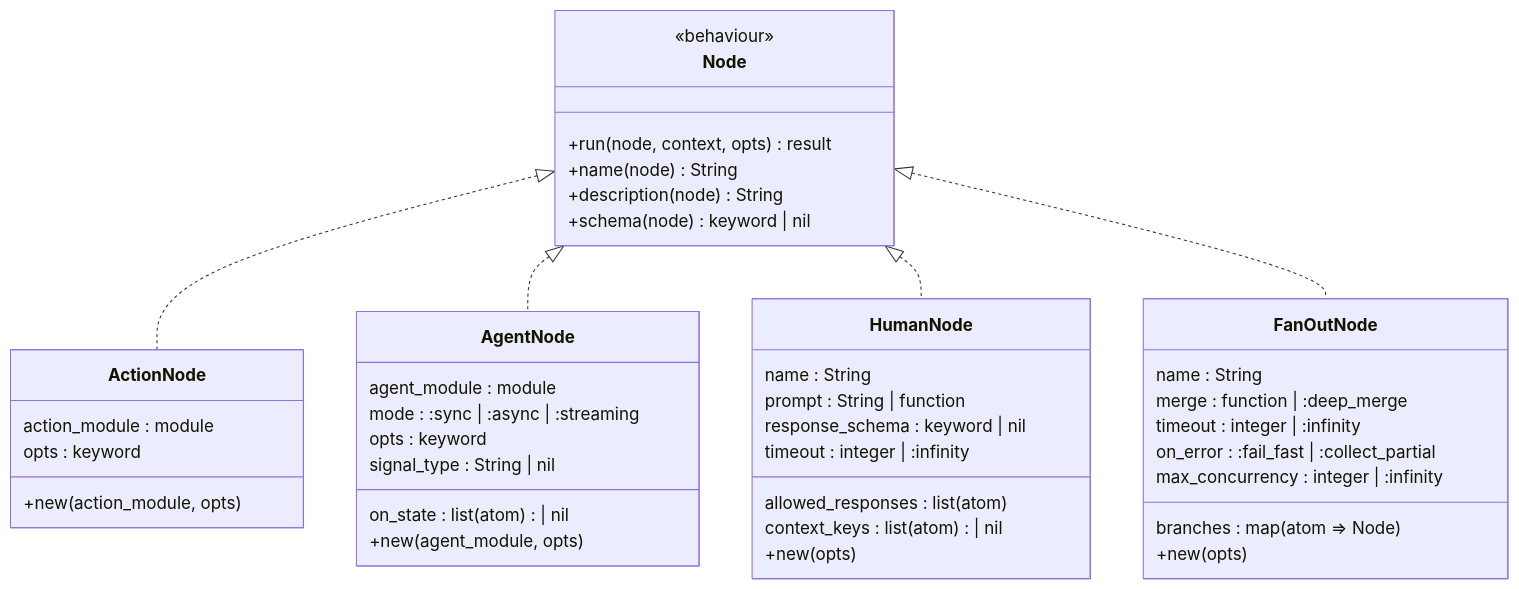
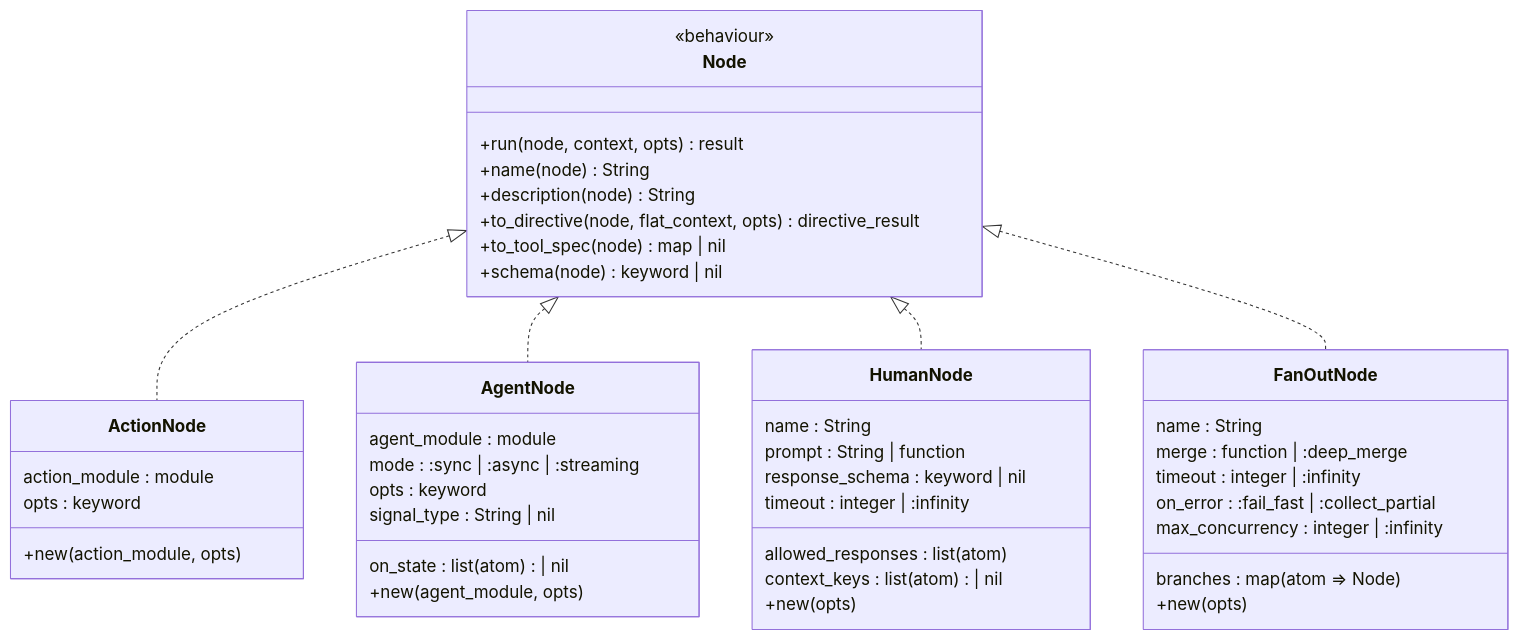
The first of 2 diagrams in docs/design/nodes/README.md (nshkrdotcom/jido_composer), drawn with Mermaid before and after one commit. The commit also changed other lines of this file and 14 other files, not shown here.

First line of the commit message:
refactor: add to_directive/to_tool_spec callbacks for polymorphic node dispatch

````diff
--- a/docs/design/nodes/README.md
+++ b/docs/design/nodes/README.md
@@ -42,50 +73,52 @@
 ```mermaid
 classDiagram
     class Node {
         <<behaviour>>
         +run(node, context, opts) result
         +name(node) String
         +description(node) String
+        +to_directive(node, flat_context, opts) directive_result
+        +to_tool_spec(node) map | nil
         +schema(node) keyword | nil
     }
 
     class ActionNode {
         action_module : module
         opts : keyword
         +new(action_module, opts)
     }
 
     class AgentNode {
         agent_module : module
         mode : :sync | :async | :streaming
         opts : keyword
         signal_type : String | nil
         on_state : list(atom) | nil
         +new(agent_module, opts)
     }
 
     class HumanNode {
         name : String
         prompt : String | function
         allowed_responses : list(atom)
         response_schema : keyword | nil
         timeout : integer | :infinity
         context_keys : list(atom) | nil
         +new(opts)
     }
 
     class FanOutNode {
         name : String
         branches : map(atom => Node)
         merge : function | :deep_merge
         timeout : integer | :infinity
         on_error : :fail_fast | :collect_partial
         max_concurrency : integer | :infinity
         +new(opts)
     }
 
     Node <|.. ActionNode
     Node <|.. AgentNode
     Node <|.. HumanNode
     Node <|.. FanOutNode
 ```
````
